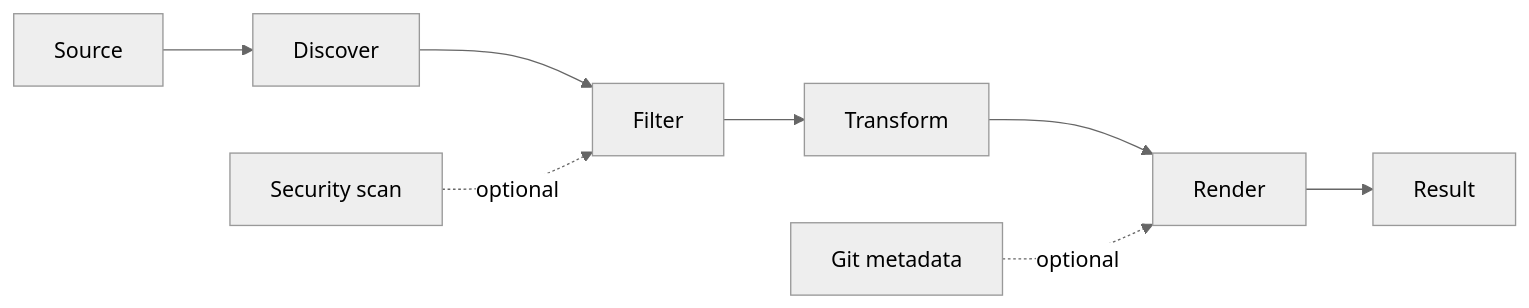
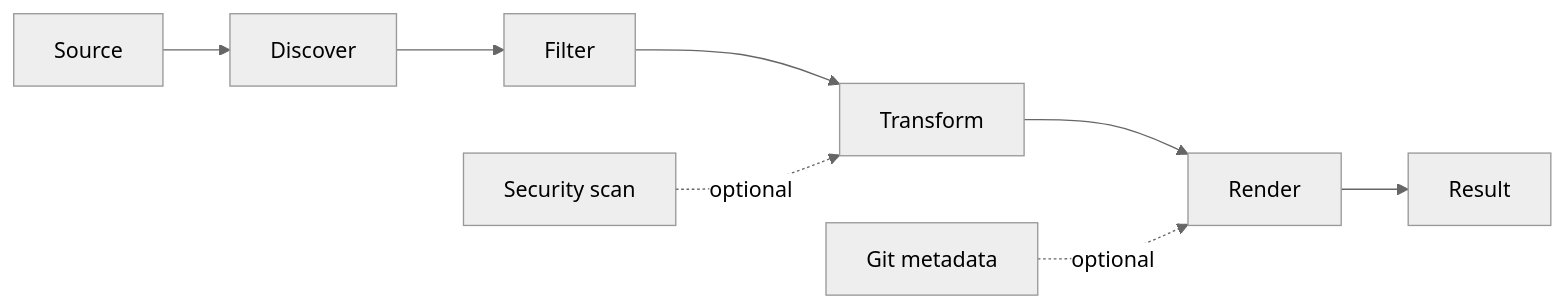
The diagram in docs/how-it-works.md (meysamhadeli/codemap), drawn with Mermaid (neutral theme) before and after one commit. The commit also changed other lines of this file and 9 other files, not shown here.

````diff
--- a/docs/how-it-works.md
+++ b/docs/how-it-works.md
@@ -12,10 +12,10 @@
 ```mermaid
 flowchart LR
 	A[Source] --> B[Discover]
 	B --> C[Filter]
 	C --> D[Transform]
 	D --> E[Render]
 	E --> F[Result]
 	G[Git metadata] -. optional .-> E
-	H[Security scan] -. optional .-> C
+	H[Security scan] -. optional .-> D
 ```
````
